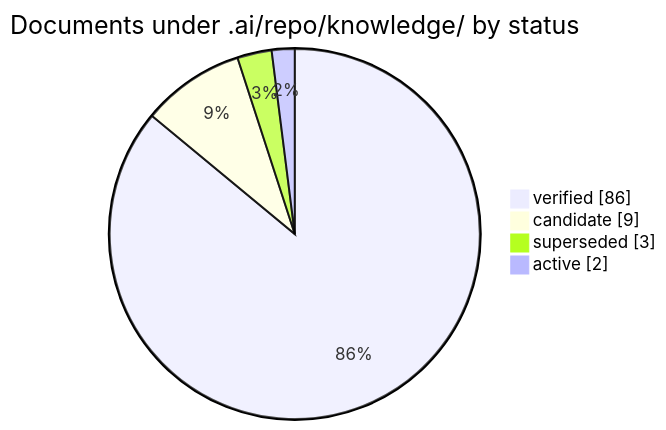
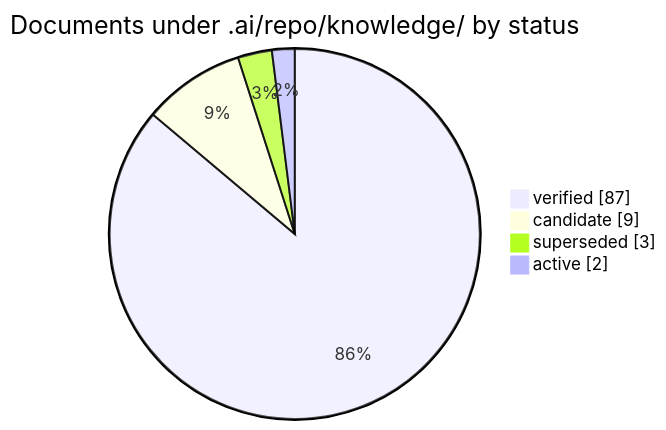
One commit to korczis/OpenTTD changed the first of 3 diagrams in .ai/repo/knowledge/README.md. Above: the diagram before and after it, drawn with Mermaid. The commit also changed other lines of this file and 2 other files, not shown here.

````diff
--- a/.ai/repo/knowledge/README.md
+++ b/.ai/repo/knowledge/README.md
@@ -35,8 +35,8 @@
 ```mermaid
 pie showData title Documents under .ai/repo/knowledge/ by status
     %% links: README.md?col=Status&filter=verified#records-generated | README.md?col=Status&filter=candidate#records-generated | README.md?col=Status&filter=superseded#records-generated | README.md?col=Status&filter=active#records-generated
-    "verified" : 86
+    "verified" : 87
     "candidate" : 9
     "superseded" : 3
     "active" : 2
 ```
````
